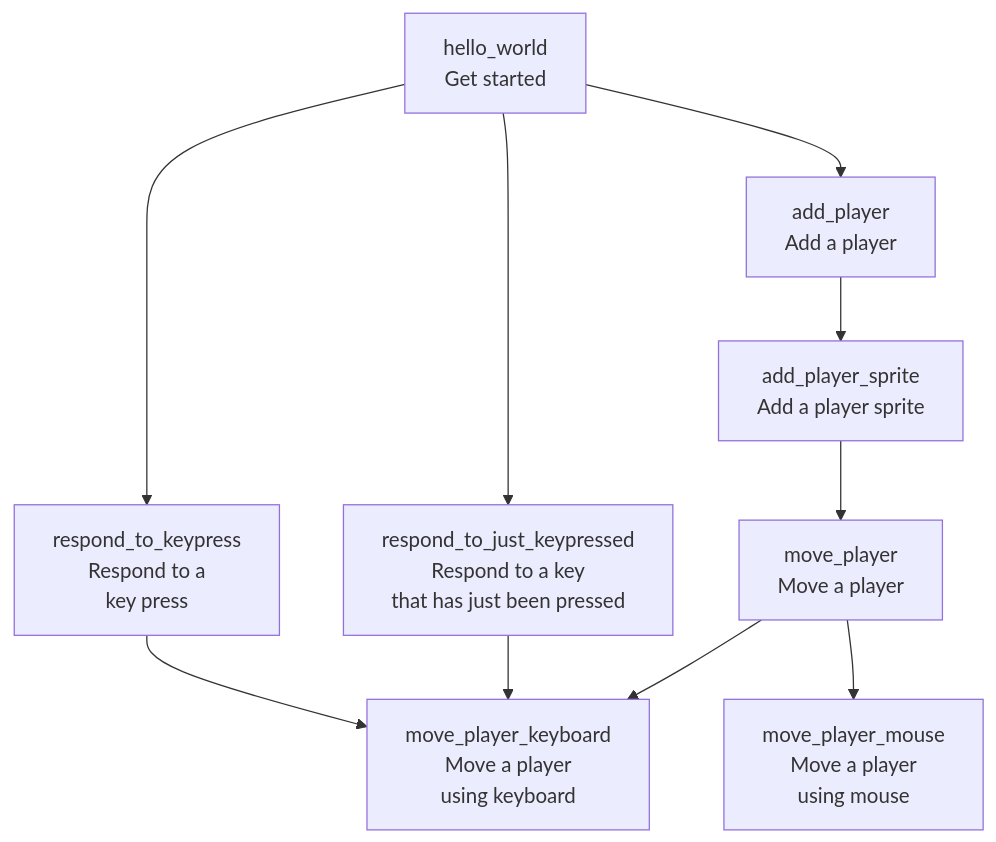
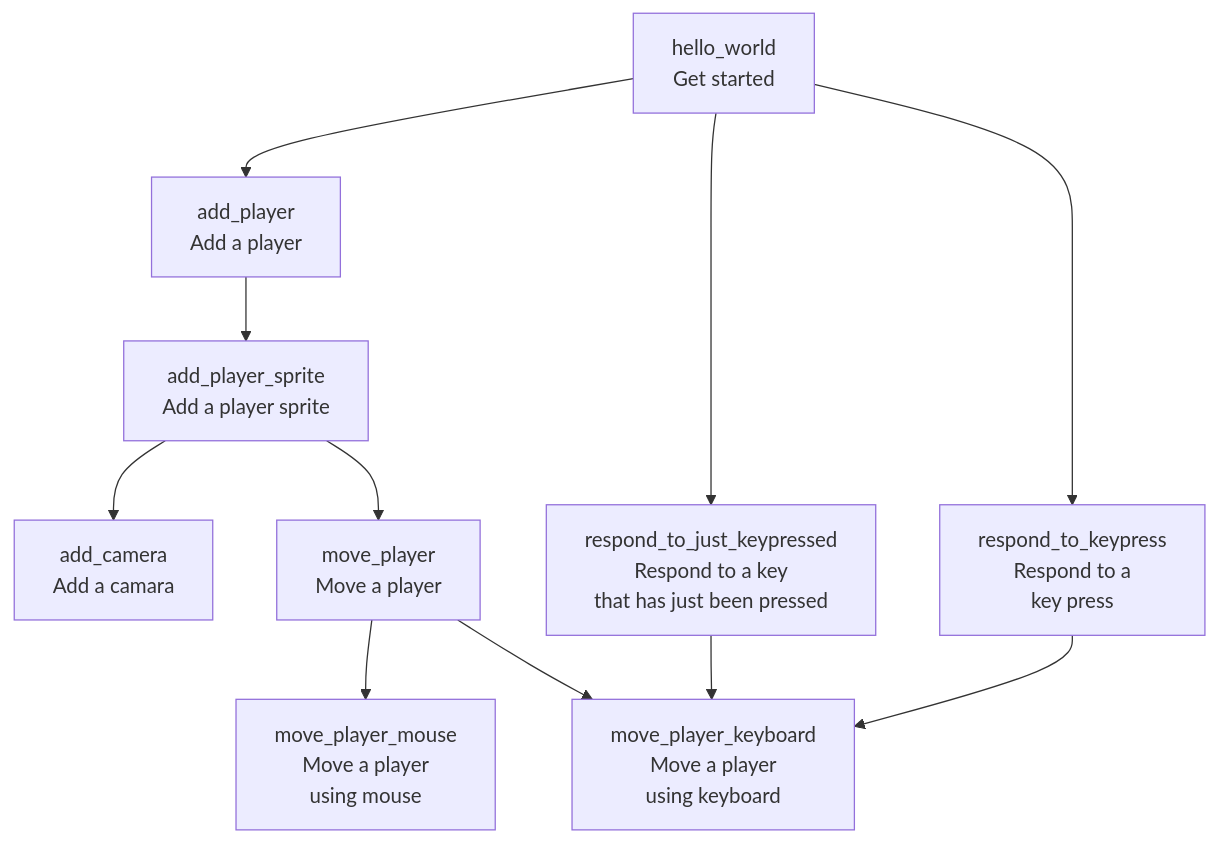
Before and after one commit to richelbilderbeek/bevy_tdd_book: the diagram in README.md, drawn with Mermaid. The commit also changed other lines of this file and 2 other files, not shown here.

Commit message:
Add camera

````diff
--- a/README.md
+++ b/README.md
@@ -22,24 +23,27 @@
 ```mermaid
 flowchart TD
     hello_world[hello_world\nGet started]
     add_player[add_player\nAdd a player]
     add_player_sprite[add_player_sprite\nAdd a player sprite]
+    add_camera[add_camera\nAdd a camara]
     move_player[move_player\nMove a player]
     move_player_keyboard[move_player_keyboard\nMove a player\nusing keyboard]
     move_player_mouse[move_player_mouse\nMove a player\nusing mouse]
 
     respond_to_keypress[respond_to_keypress\nRespond to a\nkey press]
     respond_to_just_keypressed[respond_to_just_keypressed\nRespond to a key\nthat has just been pressed]
 
     hello_world --> add_player
     hello_world --> respond_to_keypress
     hello_world --> respond_to_just_keypressed
 
     respond_to_keypress --> move_player_keyboard
     respond_to_just_keypressed --> move_player_keyboard
 
     add_player --> add_player_sprite
     add_player_sprite --> move_player
+    add_player_sprite --> add_camera
+
     move_player --> move_player_keyboard
     move_player --> move_player_mouse
 ```
````
